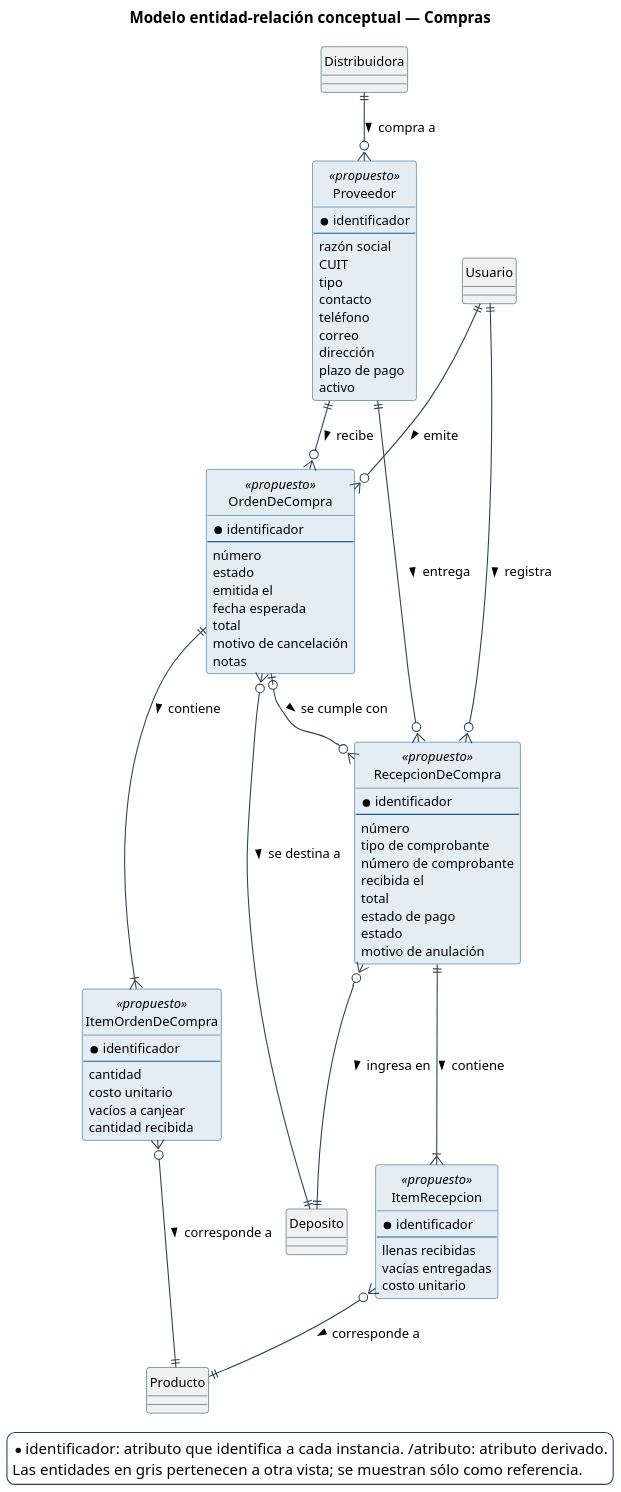
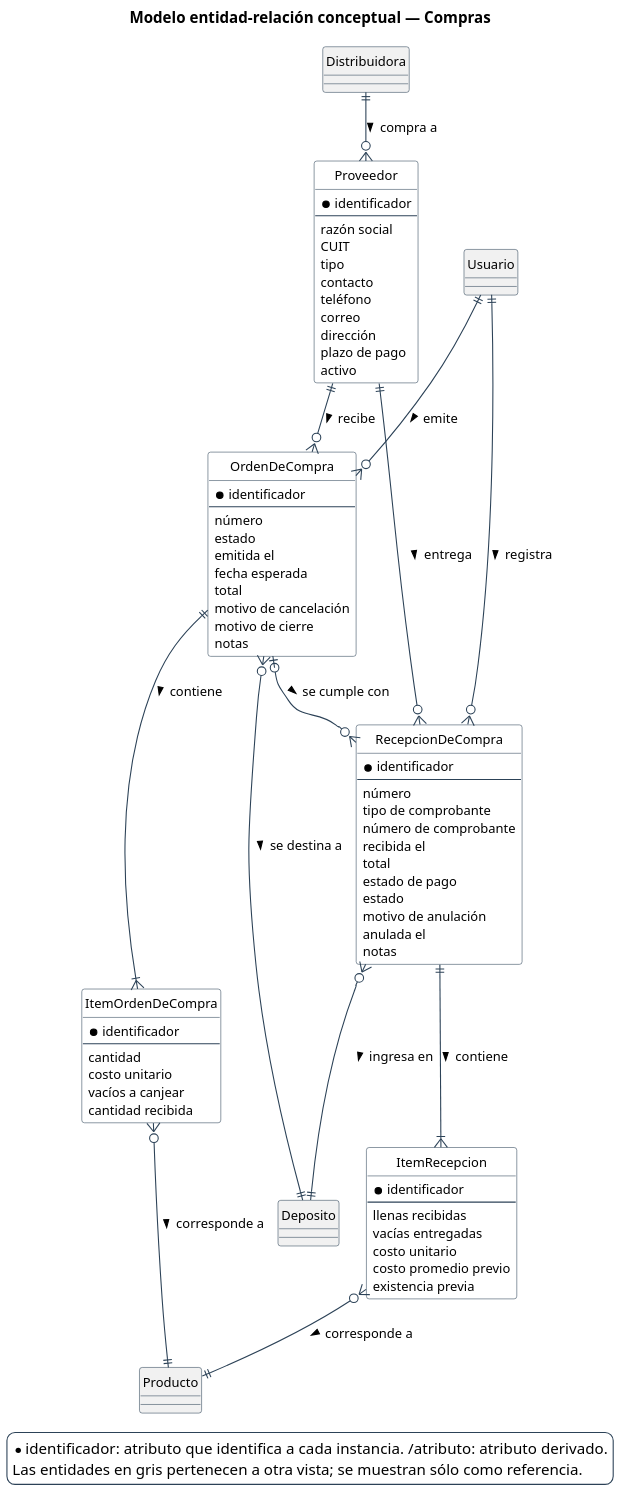
One commit to Nahuelito-Dev/splg-docs changed the diagram in diagramas/base-de-datos/conceptual/SPLG-der-11-compras.puml. Above: the diagram before and after it, drawn with PlantUML. The commit also changed 245 other files, not shown here.

```diff
--- a/diagramas/base-de-datos/conceptual/SPLG-der-11-compras.puml
+++ b/diagramas/base-de-datos/conceptual/SPLG-der-11-compras.puml
@@ -1,112 +1,117 @@
 @startuml
 title Modelo entidad-relación conceptual — Compras
 skinparam backgroundColor #FFFFFF
 skinparam shadowing false
 skinparam defaultFontName Helvetica
 skinparam defaultFontSize 12
 skinparam dpi 150
 skinparam class {
   BorderColor #2C4257
   BackgroundColor #FFFFFF
   ArrowColor #2C4257
   FontSize 12
 }
 skinparam entity<<ajena>> {
   BackgroundColor #F1F1F1
   BorderColor #8A97A3
   FontColor #55616C
 }
 skinparam class<<propuesto>> {
   BorderColor #1F5E8C
   BackgroundColor #E4EDF4
 }
 skinparam entity<<propuesto>> {
   BorderColor #1F5E8C
   BackgroundColor #E4EDF4
 }
 skinparam legendBackgroundColor #FFFFFF
 skinparam legendBorderColor #2C4257
 
 hide circle
 
 skinparam nodesep 25
 skinparam ranksep 45
 
-entity Proveedor <<propuesto>> #E4EDF4;line:1F5E8C {
+entity Proveedor {
   * identificador
   --
   {field} razón social
   {field} CUIT
   {field} tipo
   {field} contacto
   {field} teléfono
   {field} correo
   {field} dirección
   {field} plazo de pago
   {field} activo
 }
-entity OrdenDeCompra <<propuesto>> #E4EDF4;line:1F5E8C {
+entity OrdenDeCompra {
   * identificador
   --
   {field} número
   {field} estado
   {field} emitida el
   {field} fecha esperada
   {field} total
   {field} motivo de cancelación
+  {field} motivo de cierre
   {field} notas
 }
-entity ItemOrdenDeCompra <<propuesto>> #E4EDF4;line:1F5E8C {
+entity ItemOrdenDeCompra {
   * identificador
   --
   {field} cantidad
   {field} costo unitario
   {field} vacíos a canjear
   {field} cantidad recibida
 }
-entity RecepcionDeCompra <<propuesto>> #E4EDF4;line:1F5E8C {
+entity RecepcionDeCompra {
   * identificador
   --
   {field} número
   {field} tipo de comprobante
   {field} número de comprobante
   {field} recibida el
   {field} total
   {field} estado de pago
   {field} estado
   {field} motivo de anulación
+  {field} anulada el
+  {field} notas
 }
-entity ItemRecepcion <<propuesto>> #E4EDF4;line:1F5E8C {
+entity ItemRecepcion {
   * identificador
   --
   {field} llenas recibidas
   {field} vacías entregadas
   {field} costo unitario
+  {field} costo promedio previo
+  {field} existencia previa
 }
 entity Deposito #F1F1F1 {
 }
 entity Producto #F1F1F1 {
 }
 entity Usuario #F1F1F1 {
 }
 entity Distribuidora #F1F1F1 {
 }
 
 Distribuidora ||--o{ Proveedor : compra a >
+Usuario ||--o{ OrdenDeCompra : emite >
+OrdenDeCompra }o--|| Deposito : se destina a >
 Proveedor ||--o{ OrdenDeCompra : recibe >
-OrdenDeCompra }o--|| Deposito : se destina a >
-Usuario ||--o{ OrdenDeCompra : emite >
+ItemOrdenDeCompra }o--|| Producto : corresponde a >
 OrdenDeCompra ||--|{ ItemOrdenDeCompra : contiene >
-ItemOrdenDeCompra }o--|| Producto : corresponde a >
+OrdenDeCompra |o--o{ RecepcionDeCompra : se cumple con >
+Usuario ||--o{ RecepcionDeCompra : registra >
 Proveedor ||--o{ RecepcionDeCompra : entrega >
-OrdenDeCompra |o--o{ RecepcionDeCompra : se cumple con >
 RecepcionDeCompra }o--|| Deposito : ingresa en >
-Usuario ||--o{ RecepcionDeCompra : registra >
+ItemRecepcion }o--|| Producto : corresponde a >
 RecepcionDeCompra ||--|{ ItemRecepcion : contiene >
-ItemRecepcion }o--|| Producto : corresponde a >
 
 legend bottom right
   * identificador: atributo que identifica a cada instancia.  /atributo: atributo derivado.
   Las entidades en gris pertenecen a otra vista; se muestran sólo como referencia.
 endlegend
 @enduml
```
